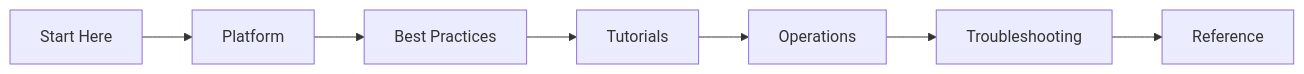
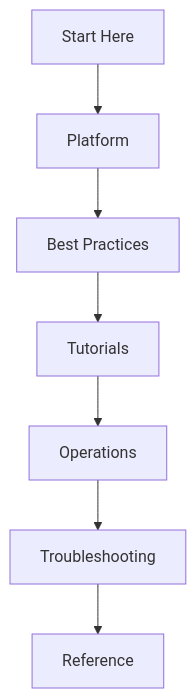
Before and after one commit to yeongseon/azure-kubernetes-service-practical-guide: the diagram in docs/index.md, drawn with Mermaid. The commit also changed 34 other files, not shown here.

First line of the commit message:
docs: convert LR diagrams to TD for readability and add orientation rule

````diff
--- a/docs/index.md
+++ b/docs/index.md
@@ -69,9 +69,9 @@
 ```mermaid
-flowchart LR
+flowchart TD
     A[Start Here] --> B[Platform]
     B --> C[Best Practices]
     C --> D[Tutorials]
     D --> E[Operations]
     E --> F[Troubleshooting]
     F --> G[Reference]
 ```
````
